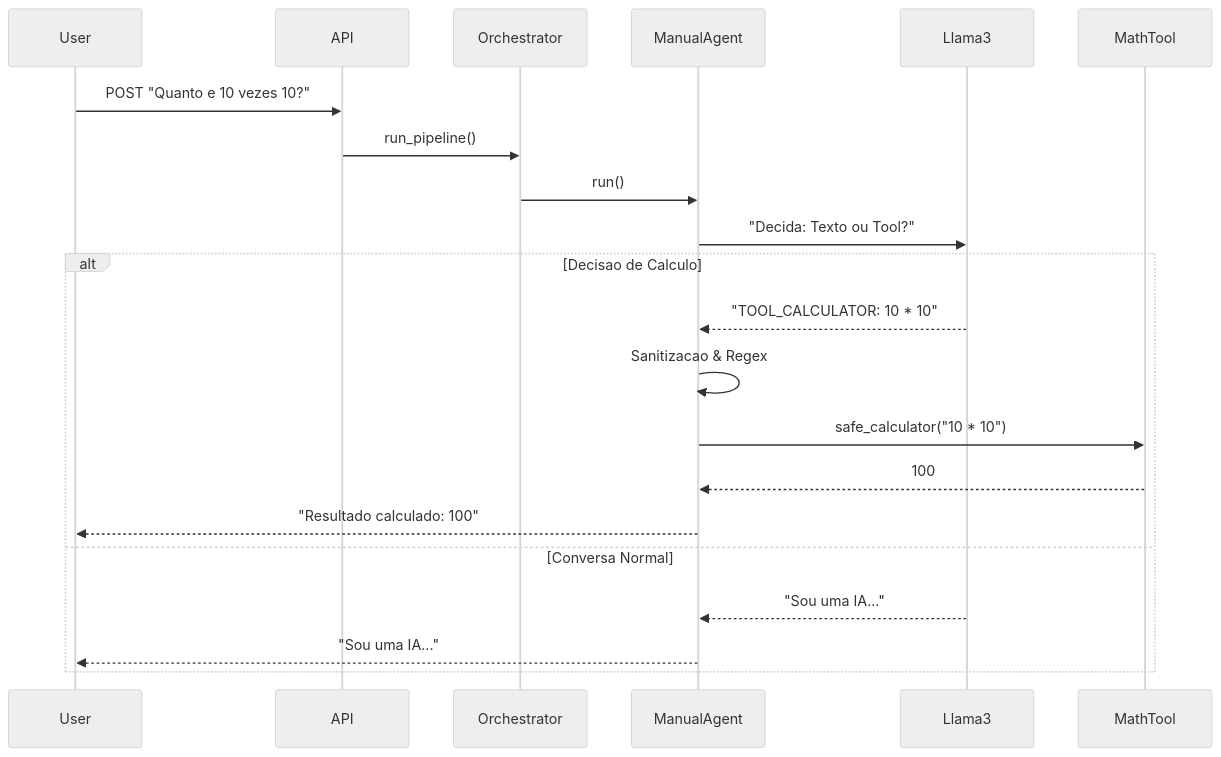
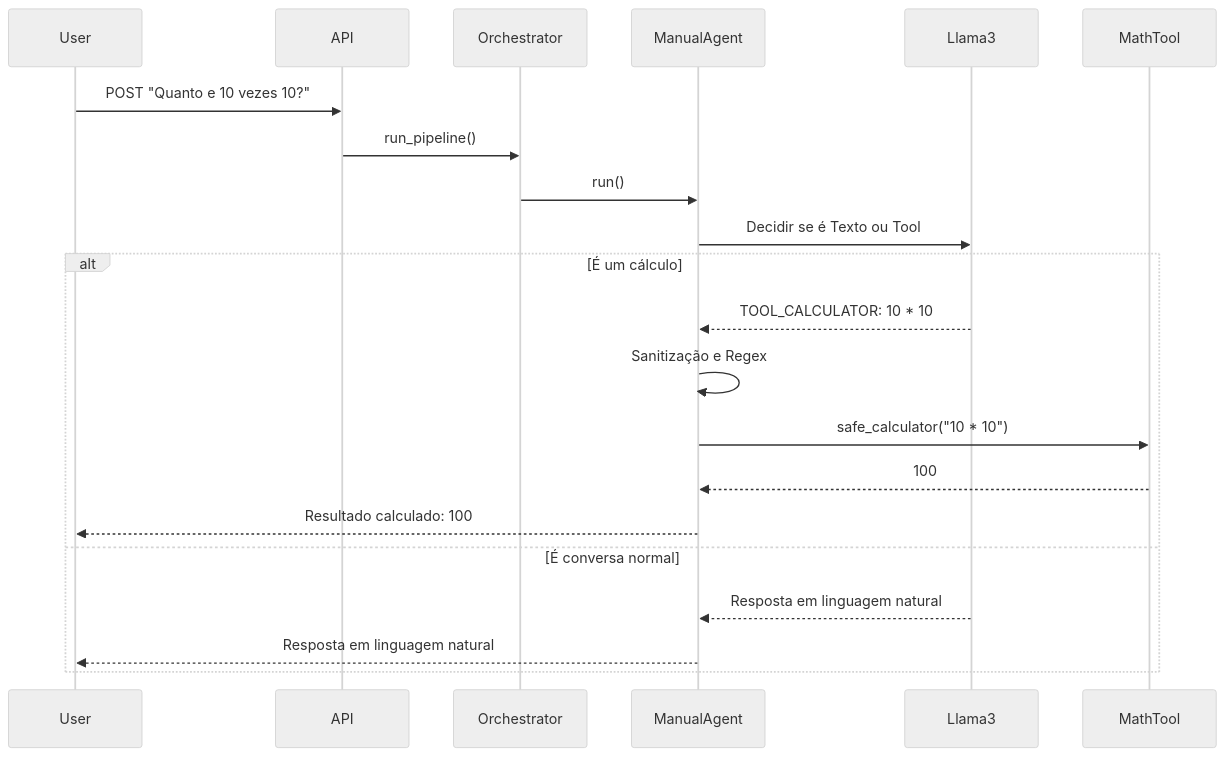
The first of 2 diagrams in README.md (ianlucasalmeida/chat-agent-api), drawn with Mermaid (neutral theme) before and after one commit.

Commit message:
Update decision flow in README for clarity

````diff
--- a/README.md
+++ b/README.md
@@ -30,25 +30,26 @@
 ```mermaid
 sequenceDiagram
     participant User
     participant API
     participant Orchestrator
     participant ManualAgent
     participant Llama3
     participant MathTool
 
     User->>API: POST "Quanto e 10 vezes 10?"
     API->>Orchestrator: run_pipeline()
     Orchestrator->>ManualAgent: run()
-    ManualAgent->>Llama3: "Decida: Texto ou Tool?"
-    
-    alt Decisao de Calculo
-        Llama3-->>ManualAgent: "TOOL_CALCULATOR: 10 * 10"
-        ManualAgent->>ManualAgent: Sanitizacao & Regex
+    ManualAgent->>Llama3: Decidir se é Texto ou Tool
+
+    alt É um cálculo
+        Llama3-->>ManualAgent: TOOL_CALCULATOR: 10 * 10
+        ManualAgent->>ManualAgent: Sanitização e Regex
         ManualAgent->>MathTool: safe_calculator("10 * 10")
         MathTool-->>ManualAgent: 100
-        ManualAgent-->>User: "Resultado calculado: 100"
-    else Conversa Normal
-        Llama3-->>ManualAgent: "Sou uma IA..."
-        ManualAgent-->>User: "Sou uma IA..."
+        ManualAgent-->>User: Resultado calculado: 100
+    else É conversa normal
+        Llama3-->>ManualAgent: Resposta em linguagem natural
+        ManualAgent-->>User: Resposta em linguagem natural
     end
+
 ```
````
